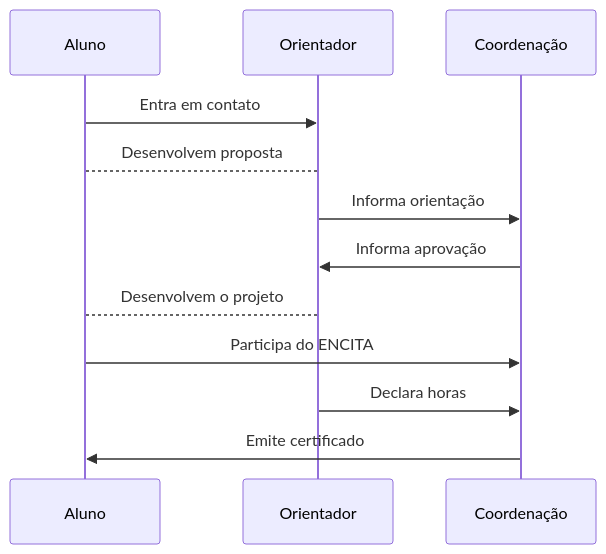
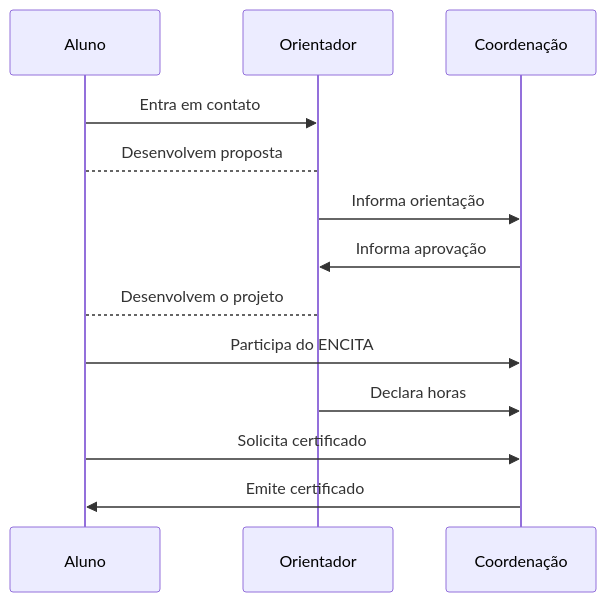
Before and after one commit to SarahNegreiros/paic: the diagram in content/modalidade/picv/index.md, drawn with Mermaid. The commit also changed other lines of this file and 3 other files, not shown here.

````diff
--- a/content/modalidade/picv/index.md
+++ b/content/modalidade/picv/index.md
@@ -16,14 +16,15 @@
 ```mermaid
 sequenceDiagram
   participant Aluno
   participant Orientador
   participant Coordenação
   Aluno->>Orientador: Entra em contato
   Aluno-->Orientador: Desenvolvem proposta
   Orientador->>Coordenação: Informa orientação
   Coordenação->>Orientador: Informa aprovação
   Aluno-->Orientador: Desenvolvem o projeto
   Aluno->>Coordenação: Participa do ENCITA
   Orientador->>Coordenação: Declara horas
+  Aluno->>Coordenação: Solicita certificado
   Coordenação->>Aluno: Emite certificado
 ```
````
